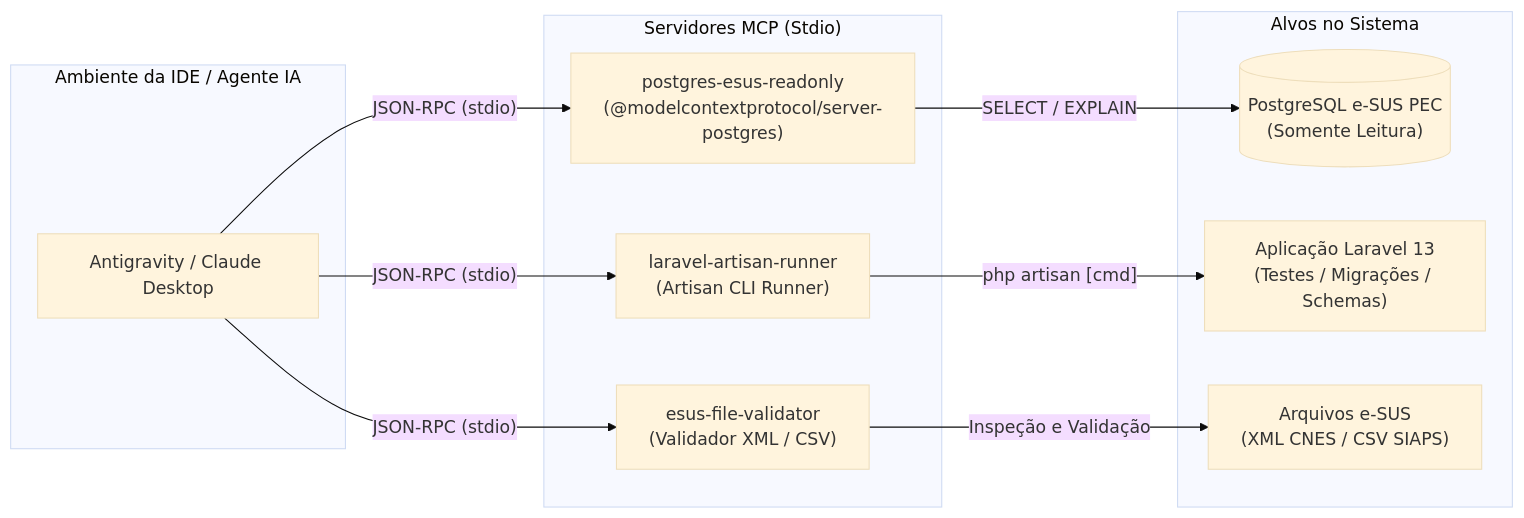
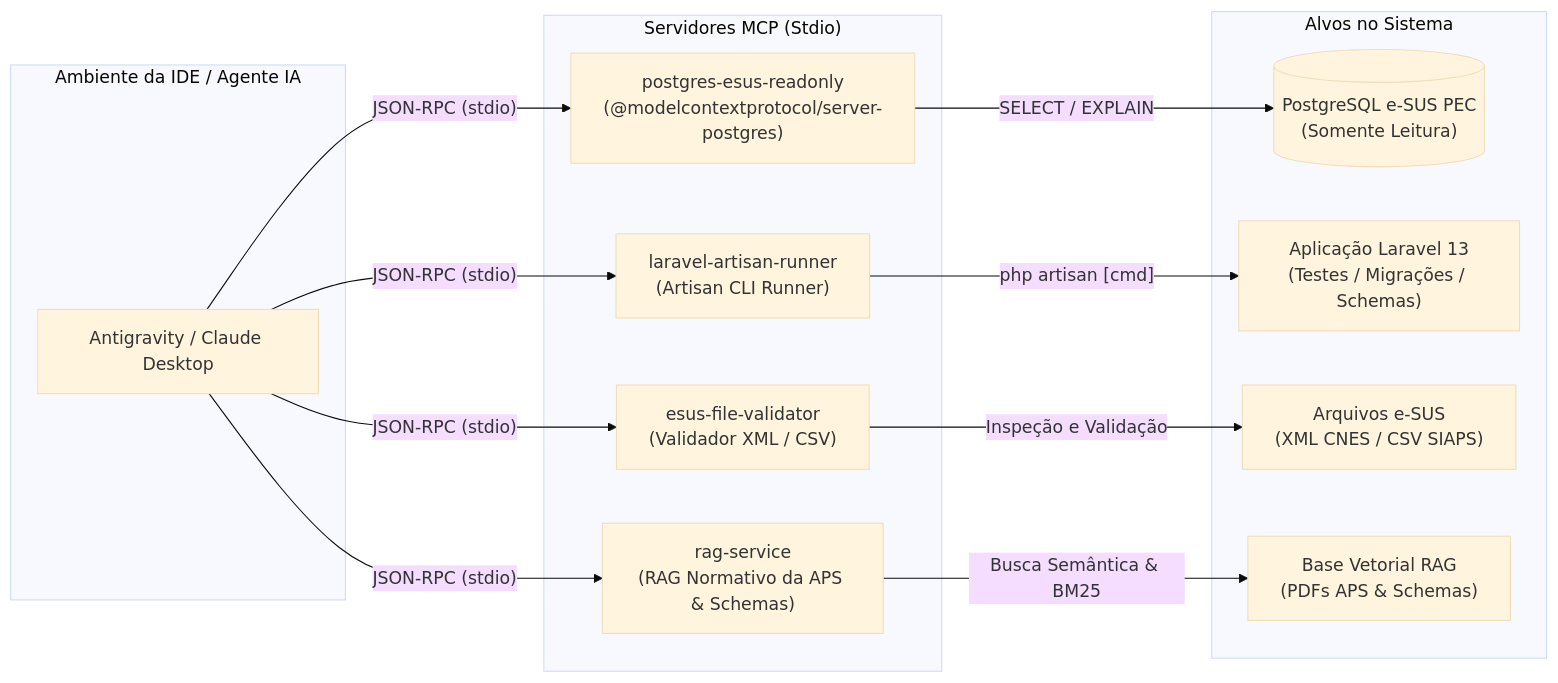
One commit to rayhenrique/monitorafacil changed the diagram in MCP.md. Above: the diagram before and after it, drawn with Mermaid (base theme). The commit also changed other lines of this file and 10 other files, not shown here.

Commit message:
feat(rag): implementa arquitetura RAG local e MCP rag-service para regras da APS e schemas da base

````diff
--- a/MCP.md
+++ b/MCP.md
@@ -30,26 +31,30 @@
 ```mermaid
 graph LR
     subgraph "Ambiente da IDE / Agente IA"
         Agent["Antigravity / Claude Desktop"]
     end
 
     subgraph "Servidores MCP (Stdio)"
         MCP1["postgres-esus-readonly<br/>(@modelcontextprotocol/server-postgres)"]
         MCP2["laravel-artisan-runner<br/>(Artisan CLI Runner)"]
         MCP3["esus-file-validator<br/>(Validador XML / CSV)"]
+        MCP4["rag-service<br/>(RAG Normativo da APS & Schemas)"]
     end
 
     subgraph "Alvos no Sistema"
         DW[("PostgreSQL e-SUS PEC<br/>(Somente Leitura)")]
         App["Aplicação Laravel 13<br/>(Testes / Migrações / Schemas)"]
         Files["Arquivos e-SUS<br/>(XML CNES / CSV SIAPS)"]
+        Docs["Base Vetorial RAG<br/>(PDFs APS & Schemas)"]
     end
 
     Agent -- "JSON-RPC (stdio)" --> MCP1
     Agent -- "JSON-RPC (stdio)" --> MCP2
     Agent -- "JSON-RPC (stdio)" --> MCP3
+    Agent -- "JSON-RPC (stdio)" --> MCP4
 
     MCP1 -- "SELECT / EXPLAIN" --> DW
     MCP2 -- "php artisan [cmd]" --> App
     MCP3 -- "Inspeção e Validação" --> Files
+    MCP4 -- "Busca Semântica & BM25" --> Docs
 ```
````
